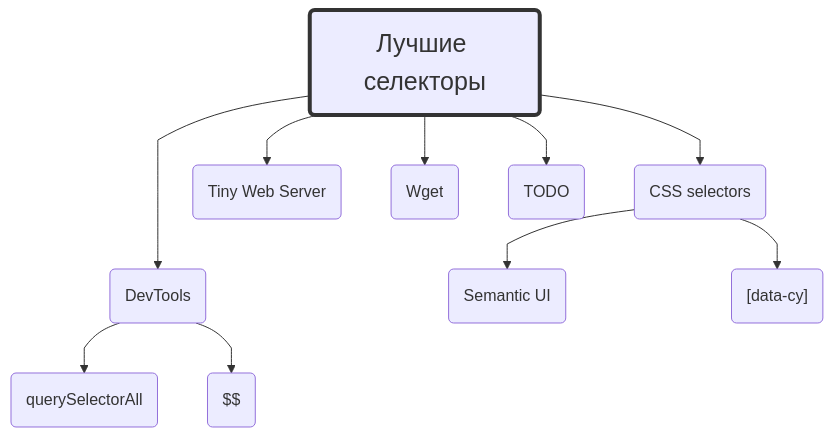
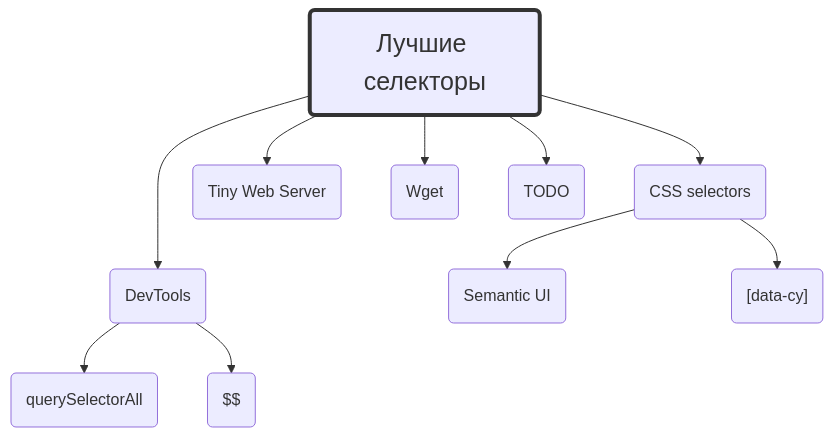
The second of 5 diagrams in README.md (open-tutorials/cypress), drawn with Mermaid before and after one commit. The commit also changed other lines of this file and 5 other files, not shown here.

````diff
--- a/README.md
+++ b/README.md
@@ -116,21 +115,20 @@
 ```mermaid
-%%{ init: { 'flowchart': { 'curve': 'monotoneX' } } }%%
 flowchart TB
 best_selectors(<span style='font-size:25px'>Лучшие селекторы</span>)
 best_selectors ---> dev_tools(DevTools)
 
 dev_tools --> query_selector_all(querySelectorAll)
 dev_tools --> $$($$)
 
 best_selectors --> css_selectors(CSS selectors)
 css_selectors --> semantic_ui(Semantic UI)
 css_selectors --> data_cy("[data-cy]")
 
 best_selectors --> tiny_web_server(Tiny Web Server)
 best_selectors --> wget(Wget)
 
 best_selectors --> js_TODO(TODO)
 
 style best_selectors stroke:#333,stroke-width:4px
 click best_selectors "https://md.epic1h.com/best_selectors" _blank
 ```
````
